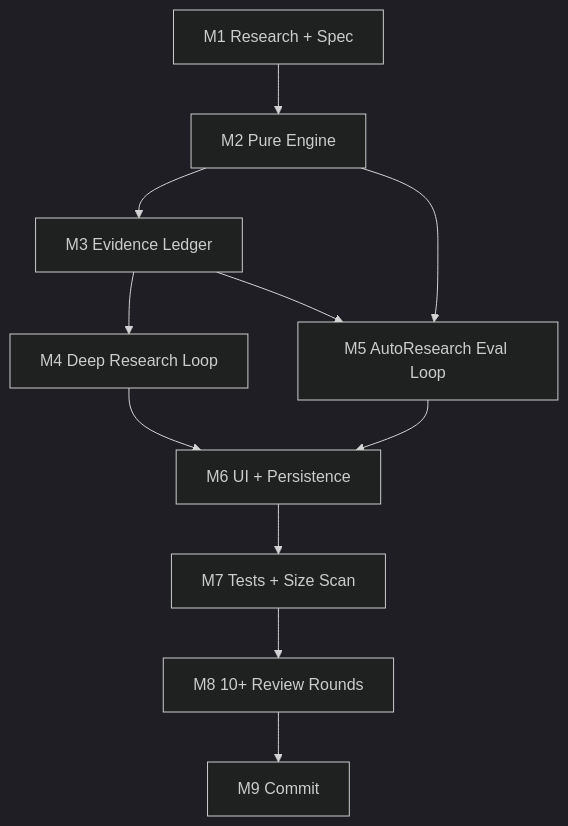
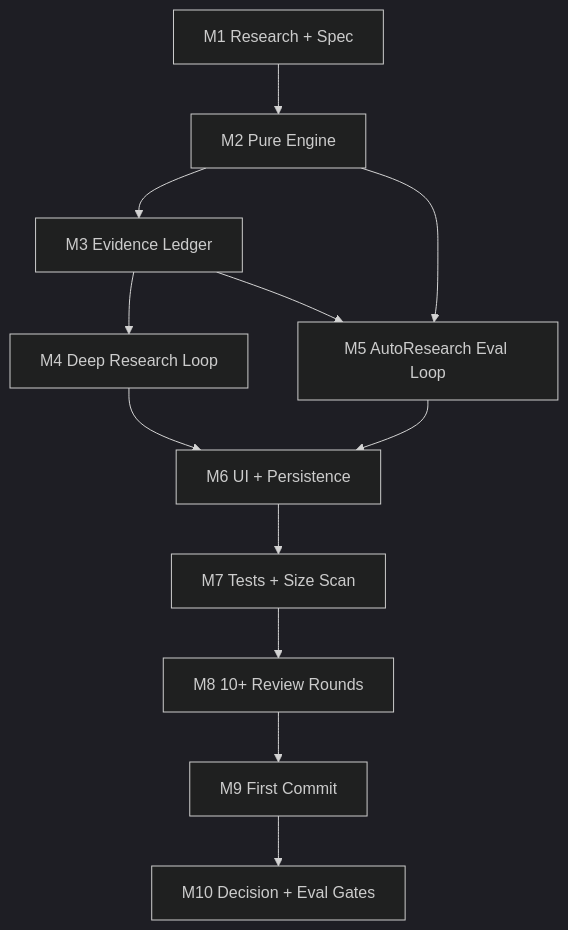
The diagram in docs/memory-ops-deep-research-autoresearch/tasks.md (hammersmith-xie/llm_wiki_v2), drawn with Mermaid (dark theme) before and after one commit. The commit also changed other lines of this file and 20 other files, not shown here.

````diff
--- a/docs/memory-ops-deep-research-autoresearch/tasks.md
+++ b/docs/memory-ops-deep-research-autoresearch/tasks.md
@@ -9,13 +9,14 @@
 ```mermaid
 flowchart TD
   M1["M1 Research + Spec"] --> M2["M2 Pure Engine"]
   M2 --> M3["M3 Evidence Ledger"]
   M3 --> M4["M4 Deep Research Loop"]
   M2 --> M5["M5 AutoResearch Eval Loop"]
   M3 --> M5
   M4 --> M6["M6 UI + Persistence"]
   M5 --> M6
   M6 --> M7["M7 Tests + Size Scan"]
   M7 --> M8["M8 10+ Review Rounds"]
-  M8 --> M9["M9 Commit"]
+  M8 --> M9["M9 First Commit"]
+  M9 --> M10["M10 Decision + Eval Gates"]
 ```
````
